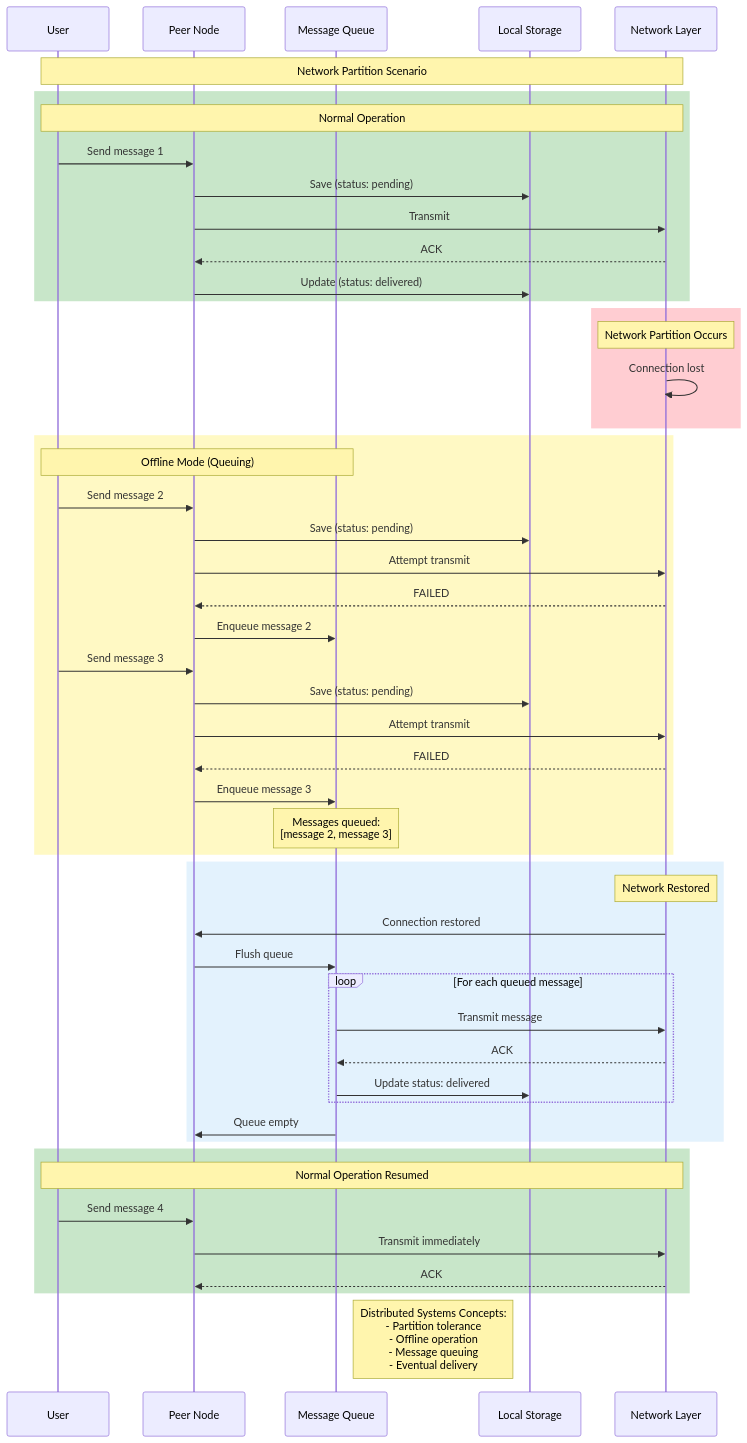
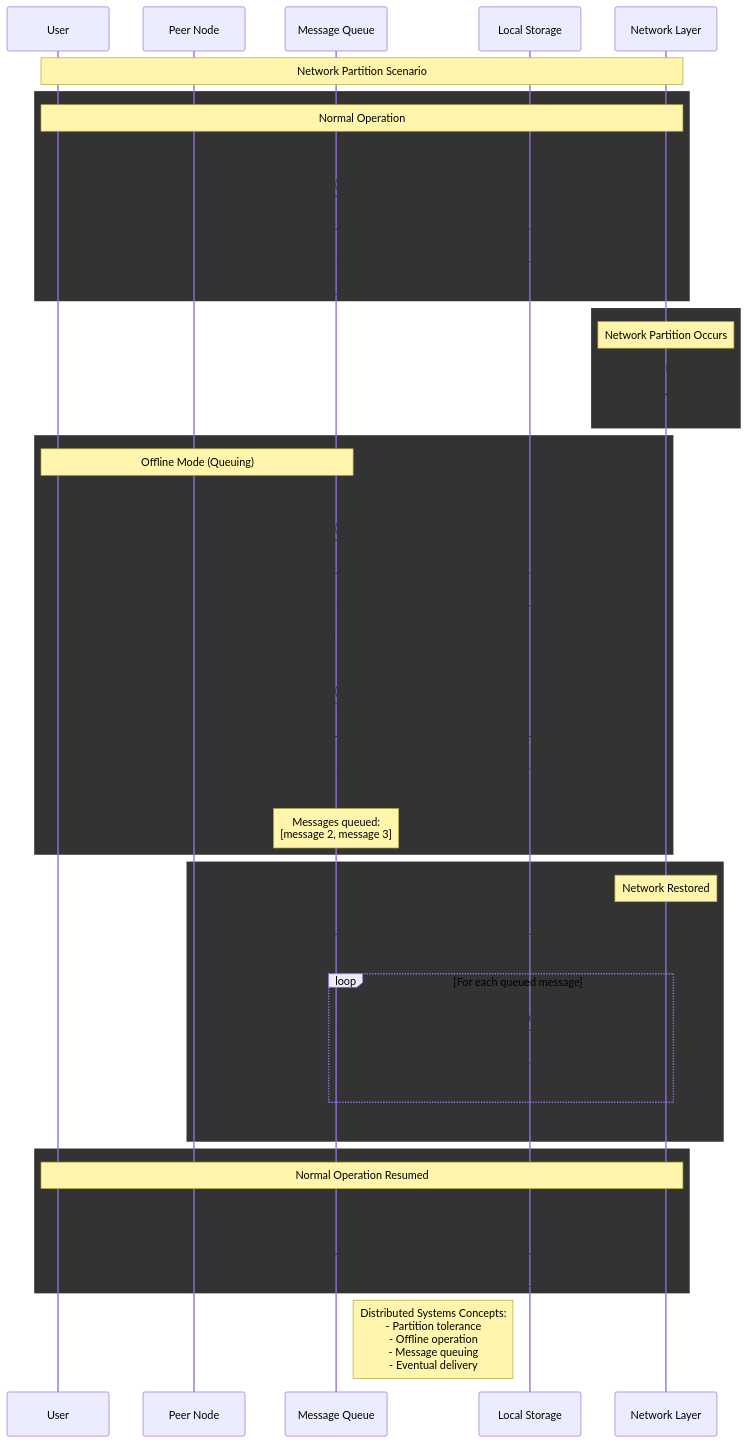
The seventh of 8 diagrams in docs/sequence-diagrams.md (amr-kasem/distributed-systems-react-chat-peer), drawn with Mermaid before and after one commit. The commit also changed other lines of this file and 7 other files, not shown here.

Commit message:
solved issues with diagrams

````diff
--- a/docs/sequence-diagrams.md
+++ b/docs/sequence-diagrams.md
@@ -387,64 +387,64 @@
 ```mermaid
 sequenceDiagram
     participant User
     participant Node as Peer Node
     participant Queue as Message Queue
     participant Storage as Local Storage
     participant Network as Network Layer
     
     Note over User,Network: Network Partition Scenario
     
-    rect rgb(200, 230, 201)
+    rect rgb("200, 230, 201")
         Note over User,Network: Normal Operation
         User->>Node: Send message 1
         Node->>Storage: Save (status: pending)
         Node->>Network: Transmit
         Network-->>Node: ACK
         Node->>Storage: Update (status: delivered)
     end
     
-    rect rgb(255, 205, 210)
+    rect rgb("255, 205, 210")
         Note over Network: Network Partition Occurs
         Network->>Network: Connection lost
     end
     
-    rect rgb(255, 249, 196)
+    rect rgb("255, 249, 196")
         Note over User,Queue: Offline Mode (Queuing)
         User->>Node: Send message 2
         Node->>Storage: Save (status: pending)
         Node->>Network: Attempt transmit
         Network-->>Node: FAILED
         Node->>Queue: Enqueue message 2
         
         User->>Node: Send message 3
         Node->>Storage: Save (status: pending)
         Node->>Network: Attempt transmit
         Network-->>Node: FAILED
         Node->>Queue: Enqueue message 3
         
         Note over Queue: Messages queued:<br/>[message 2, message 3]
     end
     
-    rect rgb(227, 242, 253)
+    rect rgb("227, 242, 253")
         Note over Network: Network Restored
         Network->>Node: Connection restored
         Node->>Queue: Flush queue
         
         loop For each queued message
             Queue->>Network: Transmit message
             Network-->>Queue: ACK
             Queue->>Storage: Update status: delivered
         end
         
         Queue->>Node: Queue empty
     end
     
-    rect rgb(200, 230, 201)
+    rect rgb("200, 230, 201")
         Note over User,Network: Normal Operation Resumed
         User->>Node: Send message 4
         Node->>Network: Transmit immediately
         Network-->>Node: ACK
     end
     
     Note right of Queue: Distributed Systems Concepts:<br/>- Partition tolerance<br/>- Offline operation<br/>- Message queuing<br/>- Eventual delivery
 ```
````
